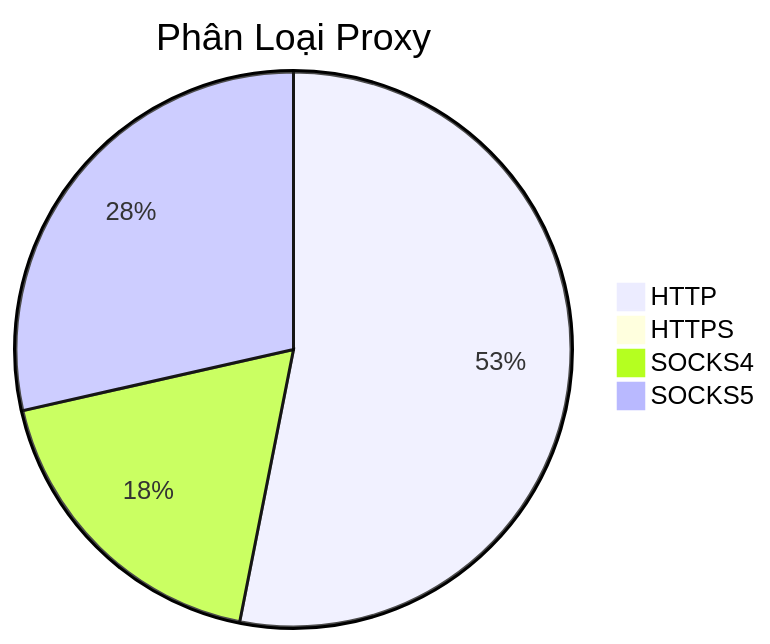
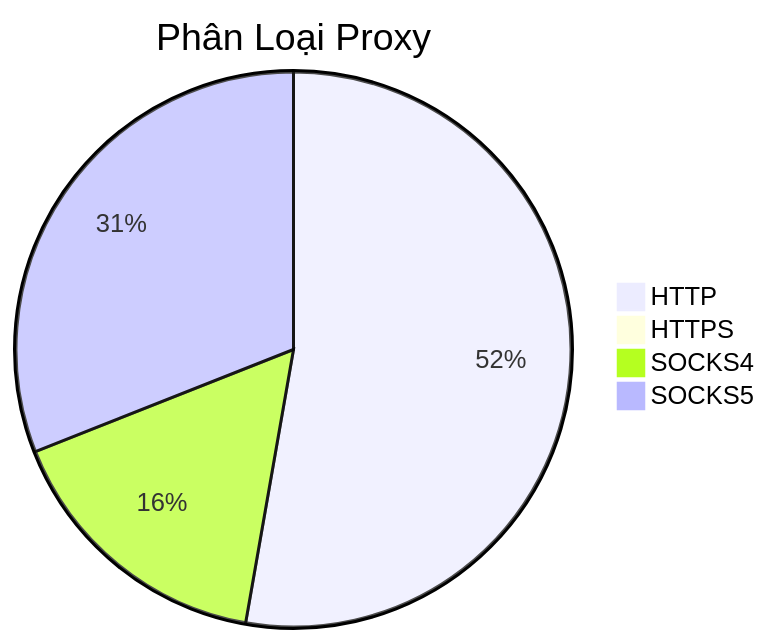
One commit to Ciara-12/PROXY-free changed the diagram in README.md. Above: the diagram before and after it, drawn with Mermaid. The commit also changed other lines of this file and 4 other files, not shown here.

````diff
--- a/README.md
+++ b/README.md
@@ -26,7 +26,7 @@
 ```mermaid
 pie title Phân Loại Proxy
-    "HTTP" : 590
-    "HTTPS" : 6
-    "SOCKS4" : 204
-    "SOCKS5" : 317
+    "HTTP" : 526
+    "HTTPS" : 5
+    "SOCKS4" : 162
+    "SOCKS5" : 309
 ```
````
